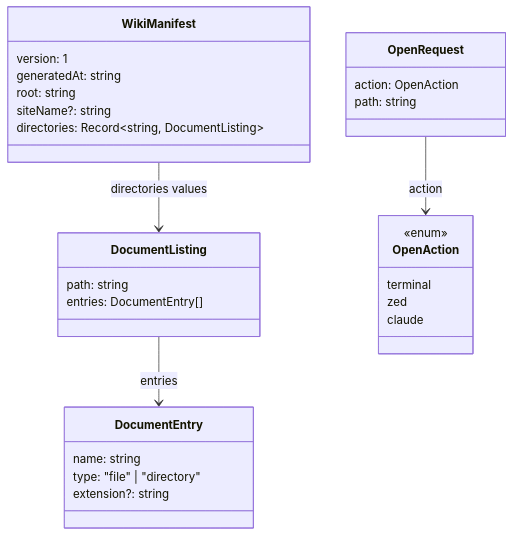
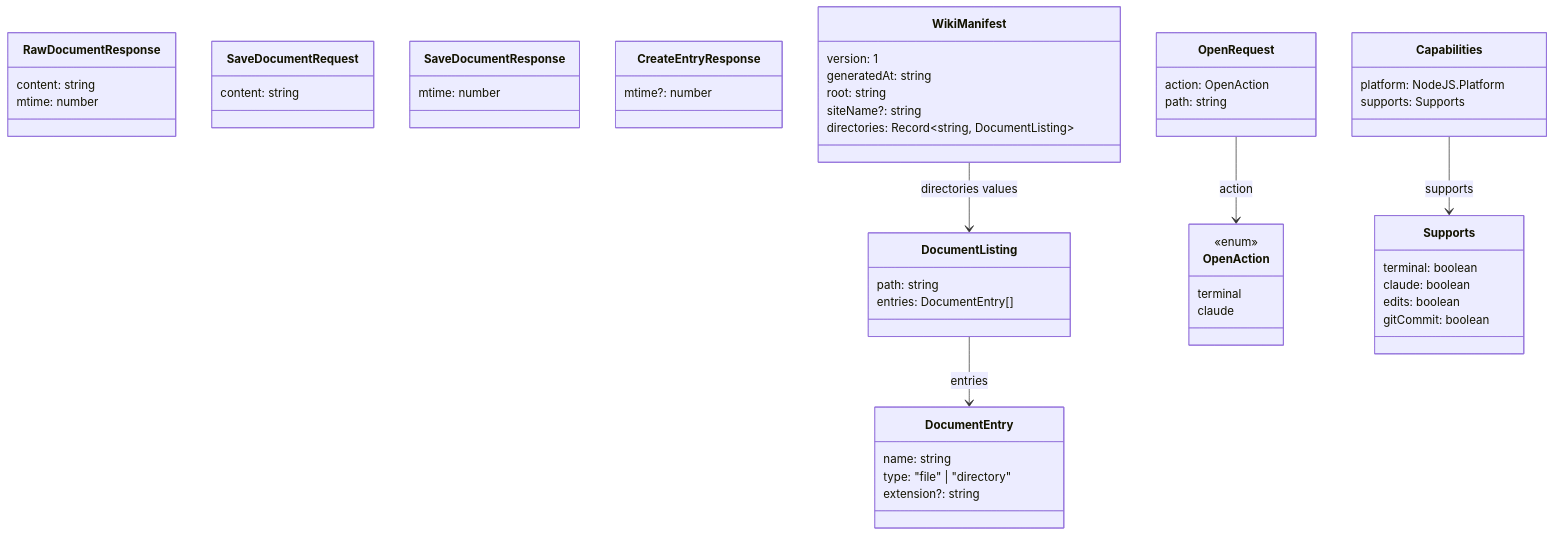
The diagram in docs/reference/types.md (MorizMensi/grove), drawn with Mermaid before and after one commit. The commit also changed other lines of this file and 23 other files, not shown here.

````diff
--- a/docs/reference/types.md
+++ b/docs/reference/types.md
@@ -21,33 +26,56 @@
 ```mermaid
 classDiagram
   class DocumentEntry {
     name: string
     type: "file" | "directory"
     extension?: string
   }
   class DocumentListing {
     path: string
     entries: DocumentEntry[]
   }
+  class RawDocumentResponse {
+    content: string
+    mtime: number
+  }
+  class SaveDocumentRequest {
+    content: string
+  }
+  class SaveDocumentResponse {
+    mtime: number
+  }
+  class CreateEntryResponse {
+    mtime?: number
+  }
   class OpenRequest {
     action: OpenAction
     path: string
   }
   class OpenAction {
     <<enum>>
     terminal
-    zed
     claude
+  }
+  class Capabilities {
+    platform: NodeJS.Platform
+    supports: Supports
+  }
+  class Supports {
+    terminal: boolean
+    claude: boolean
+    edits: boolean
+    gitCommit: boolean
   }
   class WikiManifest {
     version: 1
     generatedAt: string
     root: string
     siteName?: string
     directories: Record~string, DocumentListing~
   }
 
   DocumentListing --> DocumentEntry : entries
   OpenRequest --> OpenAction : action
+  Capabilities --> Supports : supports
   WikiManifest --> DocumentListing : directories values
 ```
````
